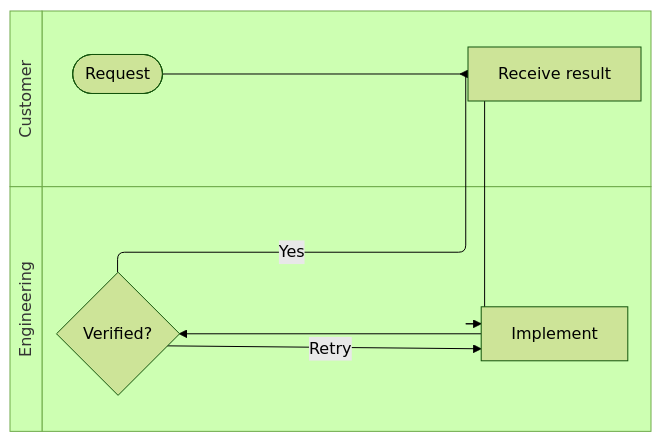
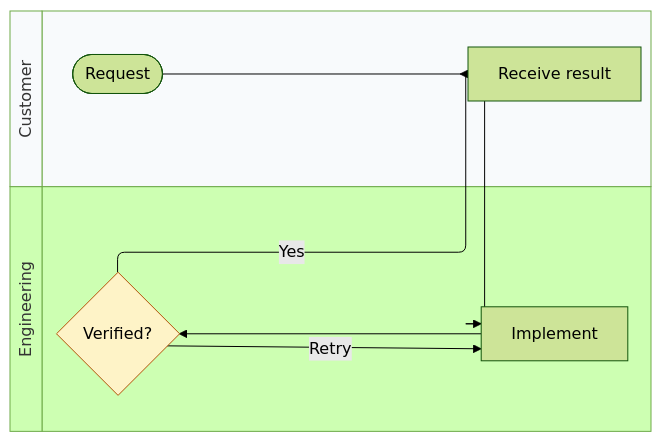
Before and after one commit to reardan/w: the diagram in examples/mermaid/swimlanes.mmd, drawn with Mermaid (forest theme). The commit also changed 12 other files, not shown here.

First line of the commit message:
Mermaid: styling parity fixtures, example styles and styling docs

```diff
--- a/examples/mermaid/swimlanes.mmd
+++ b/examples/mermaid/swimlanes.mmd
@@ -1,12 +1,15 @@
 swimlane-beta LR
 subgraph Customer
   request([Request])
   receive[Receive result]
 end
 subgraph Engineering
   work[Implement]
   check{Verified?}
 end
 request --> work --> check
 check -->|Yes| receive
 check -->|Retry| work
+classDef decision fill:#fef3c7,stroke:#b45309
+class check decision
+style Customer fill:#f8fafc
```
